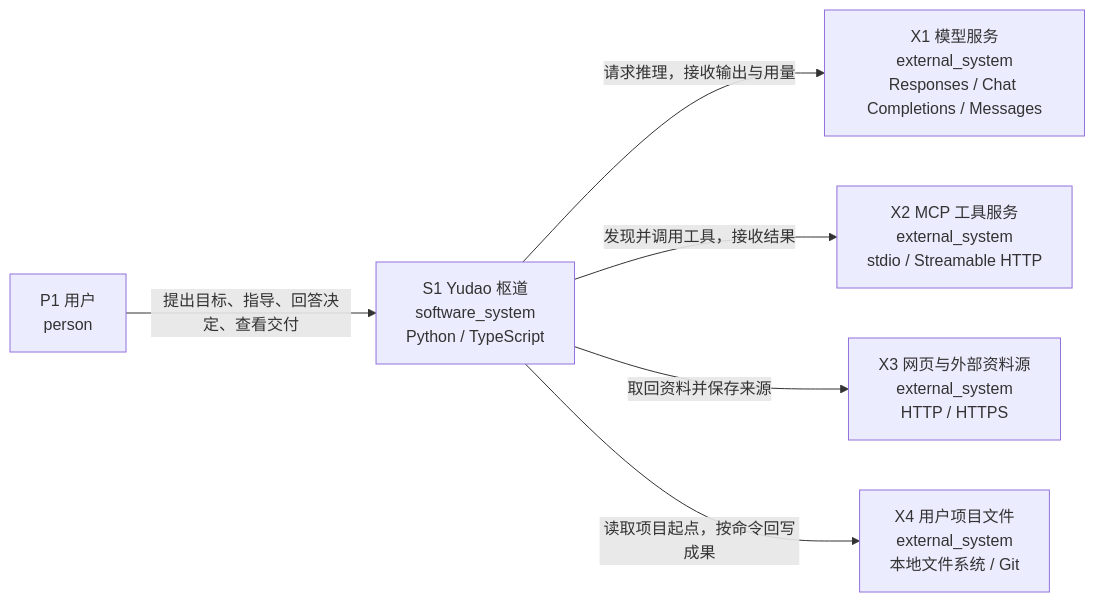
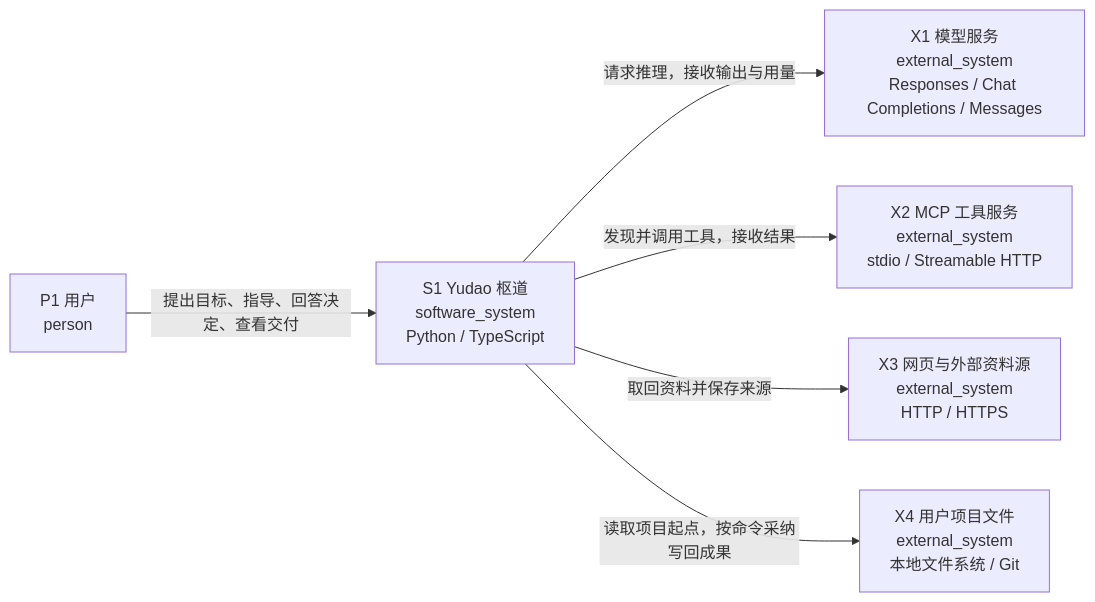
The diagram in docs/C4/01-context.md (bender2333/yudao), drawn with Mermaid before and after one commit. The commit also changed other lines of this file and 183 other files, not shown here.

````diff
--- a/docs/C4/01-context.md
+++ b/docs/C4/01-context.md
@@ -5,14 +5,14 @@
 ```mermaid
 flowchart LR
     P1["P1 用户<br/>person"]
     S1["S1 Yudao 枢道<br/>software_system<br/>Python / TypeScript"]
     X1["X1 模型服务<br/>external_system<br/>Responses / Chat Completions / Messages"]
     X2["X2 MCP 工具服务<br/>external_system<br/>stdio / Streamable HTTP"]
     X3["X3 网页与外部资料源<br/>external_system<br/>HTTP / HTTPS"]
     X4["X4 用户项目文件<br/>external_system<br/>本地文件系统 / Git"]
     P1 -->|提出目标、指导、回答决定、查看交付| S1
     S1 -->|请求推理，接收输出与用量| X1
     S1 -->|发现并调用工具，接收结果| X2
     S1 -->|取回资料并保存来源| X3
-    S1 -->|读取项目起点，按命令回写成果| X4
+    S1 -->|读取项目起点，按命令采纳写回成果| X4
 ```
````
